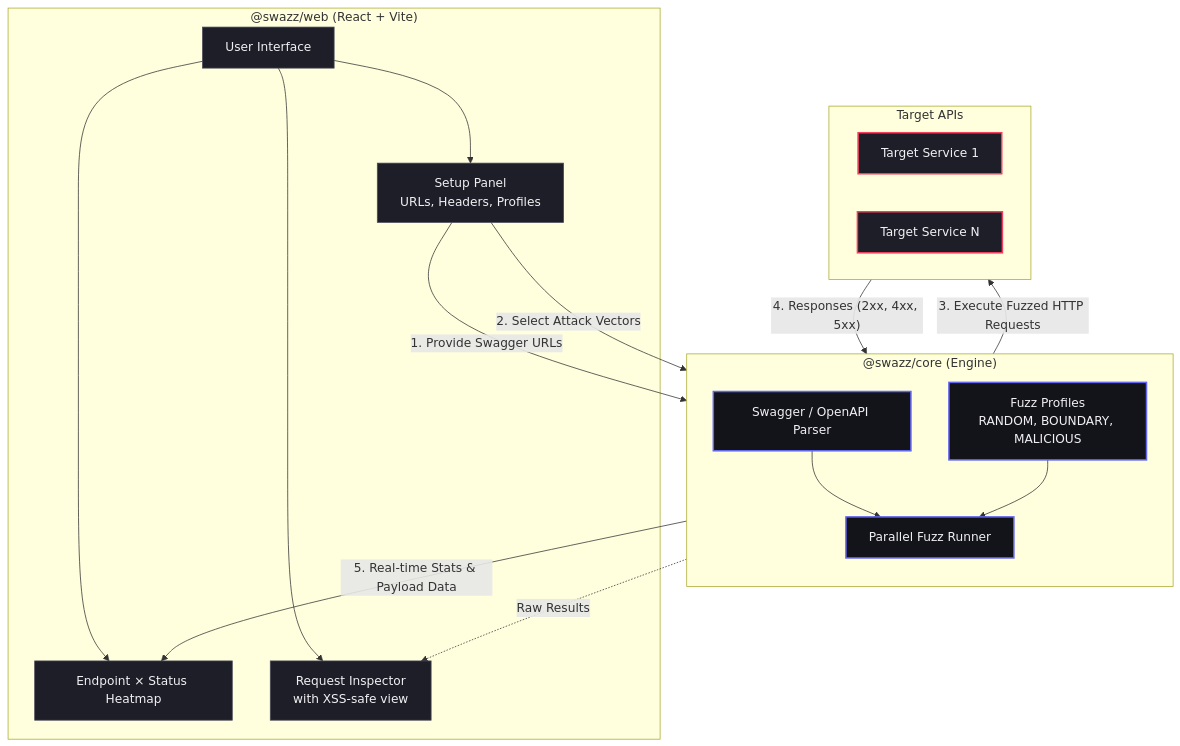
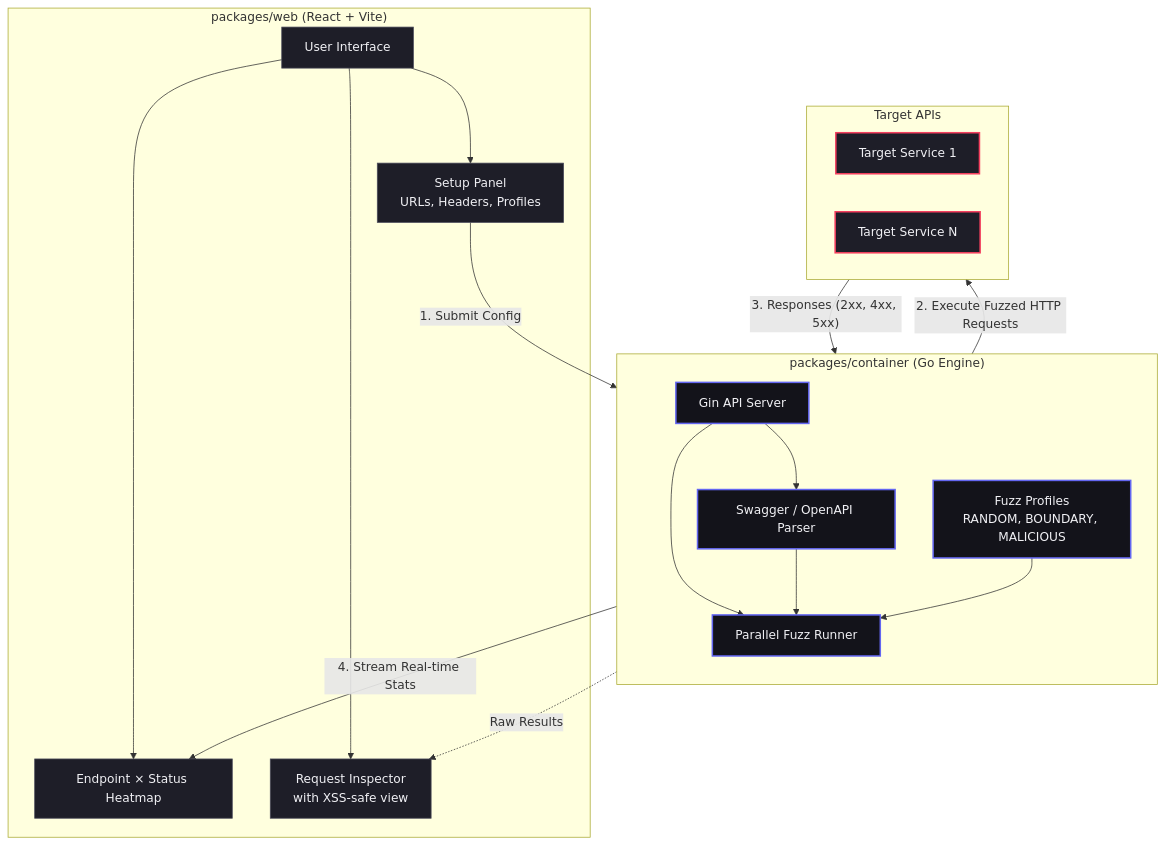
The diagram in README.md (SecH0us3/swazz), drawn with Mermaid before and after one commit. The commit also changed other lines of this file, not shown here.

Commit message:
docs: update README to reflect Go CLI usage and new architecture

````diff
--- a/README.md
+++ b/README.md
@@ -144,45 +123,47 @@
 ```mermaid
 flowchart TD
     %% Styling
     classDef default fill:#1e1e28,stroke:#4a4a5a,stroke-width:1px,color:#f0f0f4
     classDef core fill:#13131a,stroke:#6366f1,stroke-width:2px,color:#f0f0f4
     classDef target fill:#1e1e28,stroke:#f43f5e,stroke-width:2px,color:#f0f0f4
 
-    subgraph Dashboard ["@swazz/web (React + Vite)"]
+    subgraph Dashboard ["packages/web (React + Vite)"]
         UI["User Interface"]
         Setup["Setup Panel\nURLs, Headers, Profiles"]
         Heatmap["Endpoint × Status Heatmap"]
         Inspector["Request Inspector\nwith XSS-safe view"]
         
         UI --> Setup
         UI --> Heatmap
         UI --> Inspector
     end
 
-    subgraph Core ["@swazz/core (Engine)"]
+    subgraph Core ["packages/container (Go Engine)"]
         direction TB
+        API["Gin API Server"]
         Parser["Swagger / OpenAPI Parser"]
         Profiles["Fuzz Profiles\nRANDOM, BOUNDARY, MALICIOUS"]
         Runner["Parallel Fuzz Runner"]
         
+        API --> Parser
+        API --> Runner
         Parser --> Runner
         Profiles --> Runner
     end
 
     subgraph Target ["Target APIs"]
         API1[Target Service 1]
         API2[Target Service N]
     end
 
     %% Flow
-    Setup -->|"1. Provide Swagger URLs"| Parser
-    Setup -->|"2. Select Attack Vectors"| Profiles
-    Runner -->|"3. Execute Fuzzed HTTP Requests"| Target
-    Target -->|"4. Responses (2xx, 4xx, 5xx)"| Runner
-    Runner -->|"5. Real-time Stats & Payload Data"| Heatmap
+    Setup -->|"1. Submit Config"| API
+    Runner -->|"2. Execute Fuzzed HTTP Requests"| Target
+    Target -->|"3. Responses (2xx, 4xx, 5xx)"| Runner
+    Runner -->|"4. Stream Real-time Stats"| Heatmap
     Runner -.->|"Raw Results"| Inspector
 
     %% Apply specific styles
-    class Parser,Profiles,Runner core;
+    class API,Parser,Profiles,Runner core;
     class API1,API2 target;
 ```
````
